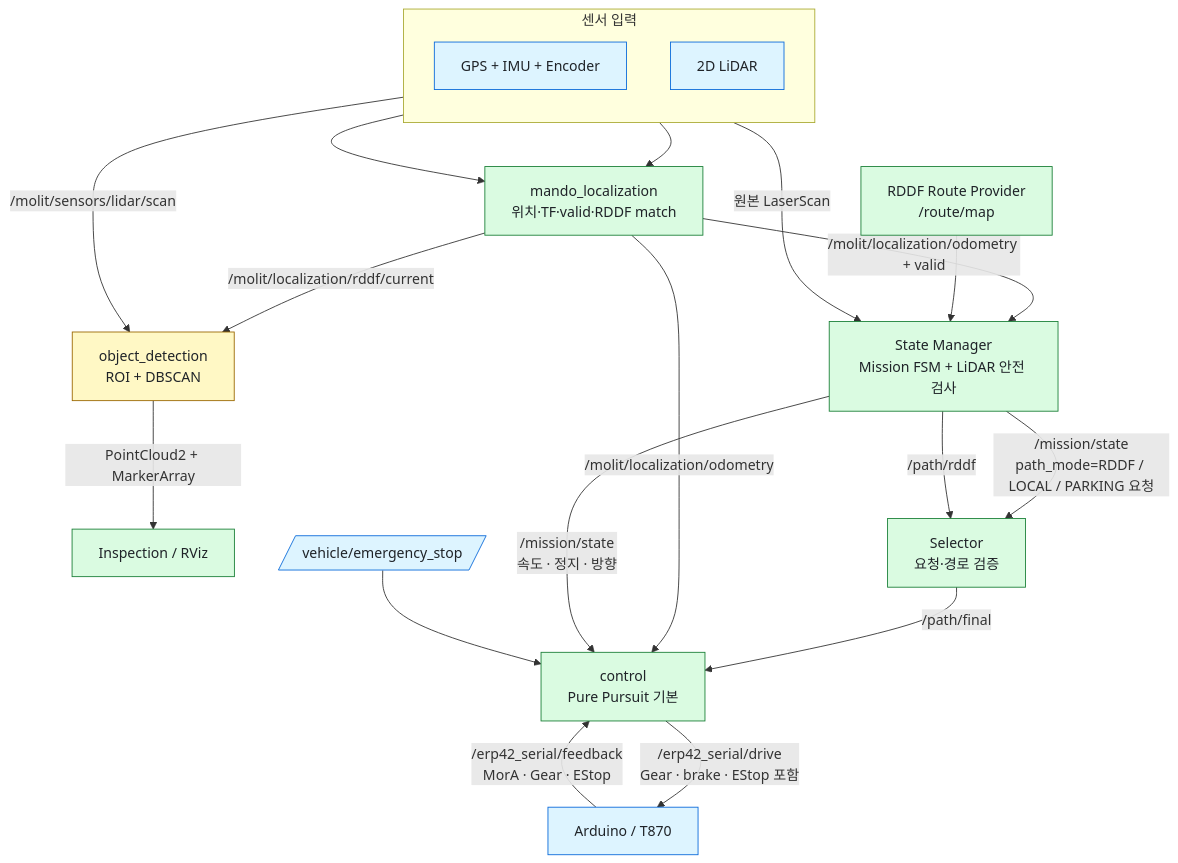
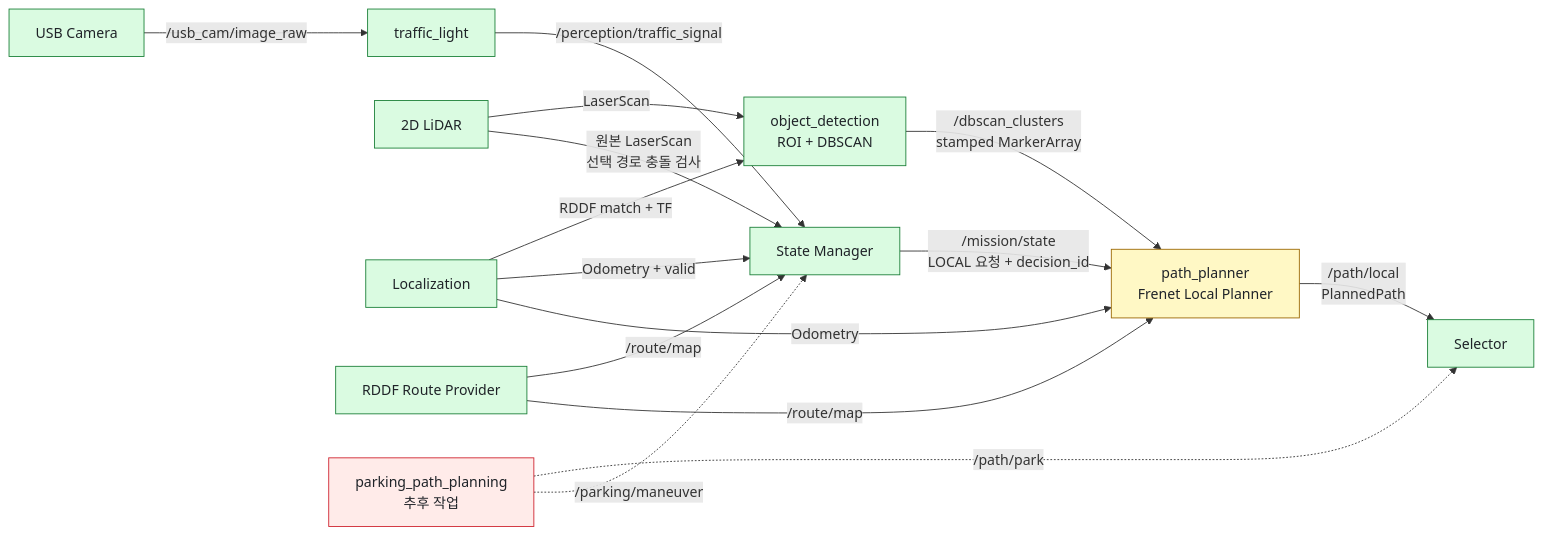
One commit to Team-Stier/HL-FMA-1-5-2026 changed the first of 2 diagrams in docs/architecture.md. Above: the diagram before and after it, drawn with Mermaid. The commit also changed other lines of this file and 44 other files, not shown here.

Commit message:
feat: connect traffic perception and local planning

````diff
--- a/docs/architecture.md
+++ b/docs/architecture.md
@@ -67,39 +20,24 @@
 ```mermaid
-flowchart TB
-    classDef active fill:#dafbe1,stroke:#1a7f37,color:#1f2328
-    classDef partial fill:#fff8c5,stroke:#9a6700,color:#1f2328
-    classDef support fill:#ddf4ff,stroke:#0969da,color:#1f2328
+flowchart LR
+    classDef ready fill:#dafbe1,stroke:#1a7f37,color:#1f2328
+    classDef gated fill:#fff8c5,stroke:#9a6700,color:#1f2328
+    classDef later fill:#ffebe9,stroke:#cf222e,color:#1f2328
 
-    subgraph hardware[센서 입력]
-        direction TB
-        MOTION[GPS + IMU + Encoder]:::support
-        LIDAR[2D LiDAR]:::support
-    end
+    CAM[USB Camera]:::ready -->|/usb_cam/image_raw| TL[traffic_light]:::ready
+    TL -->|/perception/traffic_signal| SM[State Manager]:::ready
 
-    LOC[mando_localization<br/>위치·TF·valid·RDDF match]:::active
-    ROUTE[RDDF Route Provider<br/>/route/map]:::active
-    DET[object_detection<br/>ROI + DBSCAN]:::partial
-    INSPECT[Inspection / RViz]:::active
-    SM[State Manager<br/>Mission FSM + LiDAR 안전 검사]:::active
-    SELECTOR[Selector<br/>요청·경로 검증]:::active
-    CONTROL[control<br/>Pure Pursuit 기본]:::active
-    ESTOP[/vehicle/emergency_stop/]:::support
-    VEHICLE[Arduino / T870]:::support
+    LIDAR[2D LiDAR]:::ready -->|LaserScan| OD[object_detection<br/>ROI + DBSCAN]:::ready
+    LIDAR -->|원본 LaserScan<br/>선택 경로 충돌 검사| SM
+    LOC[Localization]:::ready -->|RDDF match + TF| OD
+    OD -->|/dbscan_clusters<br/>stamped MarkerArray| LP[path_planner<br/>Frenet Local Planner]:::gated
 
-    MOTION --> LOC
-    LIDAR --> LOC
-    LOC -->|/molit/localization/odometry + valid| SM
-    LOC -->|/molit/localization/rddf/current| DET
-    LIDAR -->|/molit/sensors/lidar/scan| DET
-    LIDAR -->|원본 LaserScan| SM
-    ROUTE --> SM
-    DET -->|PointCloud2 + MarkerArray| INSPECT
-    SM -->|/mission/state<br/>path_mode=RDDF / LOCAL / PARKING 요청| SELECTOR
-    SM -->|/path/rddf| SELECTOR
-    SELECTOR -->|/path/final| CONTROL
-    LOC -->|/molit/localization/odometry| CONTROL
-    SM -->|/mission/state<br/>속도 · 정지 · 방향| CONTROL
-    ESTOP --> CONTROL
-    CONTROL -->|/erp42_serial/drive<br/>Gear · brake · EStop 포함| VEHICLE
-    VEHICLE -->|/erp42_serial/feedback<br/>MorA · Gear · EStop| CONTROL
+    ROUTE[RDDF Route Provider]:::ready -->|/route/map| SM
+    ROUTE -->|/route/map| LP
+    LOC -->|Odometry + valid| SM
+    LOC -->|Odometry| LP
+    SM -->|/mission/state<br/>LOCAL 요청 + decision_id| LP
+    LP -->|/path/local<br/>PlannedPath| SEL[Selector]:::ready
+
+    PARK[parking_path_planning<br/>추후 작업]:::later -.->|/path/park| SEL
+    PARK -.->|/parking/maneuver| SM
 ```
````
